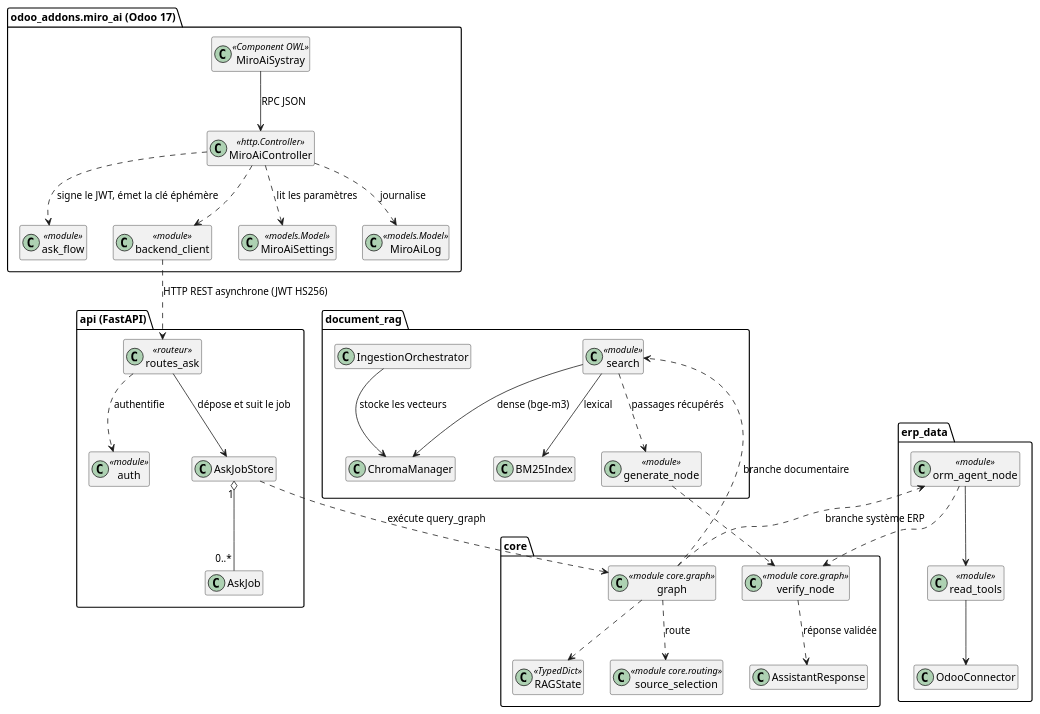
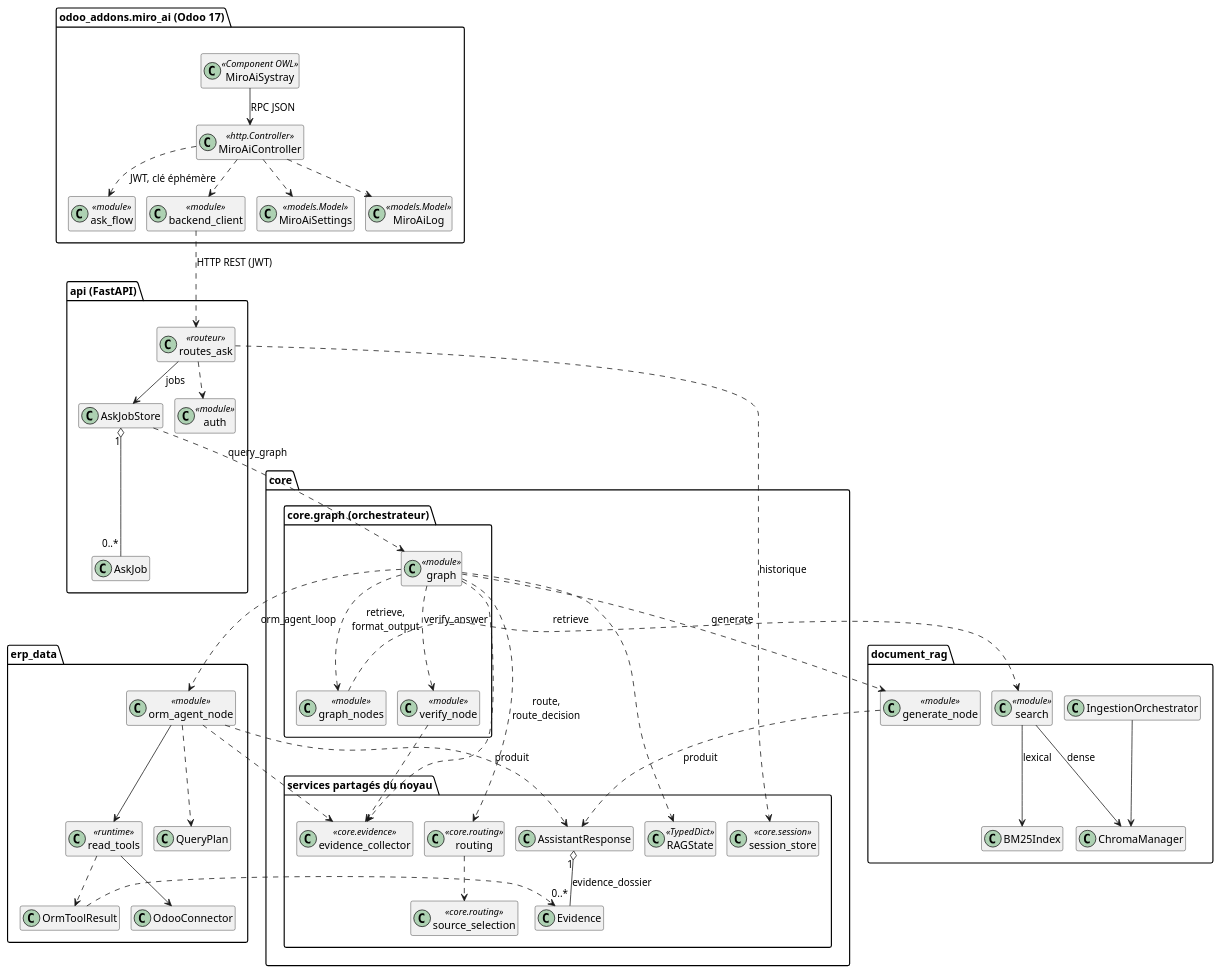
The diagram in todo/diagrammes/5_9_classes_globale.puml (katsuki2000/odoo-ia-prototype), drawn with PlantUML before and after one commit. The commit also changed 6 other files, not shown here.

```diff
--- a/todo/diagrammes/5_9_classes_globale.puml
+++ b/todo/diagrammes/5_9_classes_globale.puml
@@ -1,6 +1,8 @@
 @startuml 5_9_classes_globale
 set separator none
 skinparam classAttributeIconSize 0
+skinparam nodesep 15
+skinparam ranksep 30
 hide members
 
 package "odoo_addons.miro_ai (Odoo 17)" {
@@ -59,39 +61,66 @@
 }
 
 package "core" {
-  class "graph" as Graph <<module core.graph>> {
-    +build_graph() : CompiledGraph
-    +query_graph(question, uid, ...) : AssistantResponse
+  package "core.graph (orchestrateur)" {
+    class "graph" as Graph <<module>> {
+      +build_graph() : CompiledGraph
+      +query_graph(question, uid, ...) : AssistantResponse
+    }
+    class "graph_nodes" as GraphNodes <<module>> {
+      +retrieve(state) : dict
+      +format_output(state) : dict
+    }
+    class "verify_node" as VerifyNode <<module>> {
+      +verify_answer(state) : dict
+    }
   }
-  class RAGState <<TypedDict>> {
-    +question : str
-    +uid : int | None
-    +route : str | None
-    +source_mode : str | None
-    +retrieved_chunks : list[dict]
-    +response : AssistantResponse | None
-  }
-  class "source_selection" as SourceSelection <<module core.routing>> {
-    +select_source(question) : SourceSelection
-    +route_decision(state) : str
-  }
-  class "verify_node" as VerifyNode <<module core.graph>> {
-    +verify_answer(state) : dict
-  }
-  class AssistantResponse {
-    +answer : str
-    +sources : list[SourceReference]
-    +confidence : float
-    +route : str | None
-    +verification : VerificationReport | None
-    +evidence_dossier : list[Evidence]
+  package "services partagés du noyau" {
+    class "routing" as Routing <<core.routing>> {
+      +route(state) : dict
+      +route_decision(state) : str
+    }
+    class "source_selection" as SourceSelection <<core.routing>> {
+      +select_source(question) : SourceSelection
+    }
+    class RAGState <<TypedDict>> {
+      +question : str
+      +uid : int | None
+      +route : str | None
+      +source_mode : str | None
+      +retrieved_chunks : list[dict]
+      +response : AssistantResponse | None
+    }
+    class AssistantResponse {
+      +answer : str
+      +sources : list[SourceReference]
+      +confidence : float
+      +route : str | None
+      +verification : VerificationReport | None
+      +evidence_dossier : list[Evidence]
+    }
+    class Evidence {
+      +evidence_id : str
+      +source_type : str
+      +claim : str
+      +value : Any
+      +scope : dict
+    }
+    class "evidence_collector" as EvidenceCollector <<core.evidence>> {
+      +start_evidence_collection() : void
+      +record_evidence(evidence) : void
+      +peek_turn_evidence() : list
+      +collect_and_clear_evidence() : list
+    }
+    class "session_store" as SessionStore <<core.session>> {
+      +get_session(session_id, owner_uid) : list
+      +update_session(session_id, chat_history, owner_uid) : void
+    }
   }
 }
 
 package "document_rag" {
   class "search" as Search <<module>> {
     +retrieve(query, top_k) : list[dict]
-    +hybrid_search(...) : list
   }
   class ChromaManager {
     +query(query_text, top_k, where) : dict
@@ -113,10 +142,20 @@
   class "orm_agent_node" as OrmAgentNode <<module>> {
     +orm_agent_loop(state) : dict
   }
-  class "read_tools" as OrmRuntimeReadTools <<module>> {
+  class QueryPlan {
+    +subject : str
+    +conditions : list[str]
+    +result_kind : str
+  }
+  class "read_tools" as OrmRuntimeReadTools <<runtime>> {
     +orm_search_read(...) : OrmToolResult
     +orm_search_count(...) : OrmToolResult
     +orm_read_group(...) : OrmToolResult
+  }
+  class OrmToolResult {
+    +observation : OrmObservation
+    +evidence : list[Evidence]
+    +text : str
   }
   class OdooConnector {
     +authenticate(username) : int
@@ -125,26 +164,39 @@
 }
 
 MiroAiSystray --> MiroAiController : RPC JSON
-MiroAiController ..> AskFlow : signe le JWT, émet la clé éphémère
+MiroAiController ..> AskFlow : JWT, clé éphémère
 MiroAiController ..> BackendClient
-MiroAiController ..> MiroAiSettings : lit les paramètres
-MiroAiController ..> MiroAiLog : journalise
-BackendClient ..> RoutesAsk : HTTP REST asynchrone (JWT HS256)
-RoutesAsk ..> Auth : authentifie
-RoutesAsk --> AskJobStore : dépose et suit le job
+MiroAiController ..> MiroAiSettings
+MiroAiController ..> MiroAiLog
+BackendClient ..> RoutesAsk : HTTP REST (JWT)
+RoutesAsk ..> Auth
+RoutesAsk --> AskJobStore : jobs
+RoutesAsk ..> SessionStore : historique
 AskJobStore "1" o-- "0..*" AskJob
-AskJobStore ..> Graph : exécute query_graph
+AskJobStore ..> Graph : query_graph
+
 Graph ..> RAGState
-Graph ..> SourceSelection : route
-Graph ..> Search : branche documentaire
-Graph ..> OrmAgentNode : branche système ERP
-Search --> ChromaManager : dense (bge-m3)
+Graph ..> Routing : route,\nroute_decision
+Graph ..> GraphNodes : retrieve,\nformat_output
+Graph ..> VerifyNode : verify_answer
+Graph ..> GenerateNode : generate
+Graph ..> OrmAgentNode : orm_agent_loop
+Graph ..> EvidenceCollector
+Routing ..> SourceSelection
+GraphNodes ..> Search : retrieve
+VerifyNode ..> EvidenceCollector
+AssistantResponse "1" o-- "0..*" Evidence : evidence_dossier
+
+Search --> ChromaManager : dense
 Search --> BM25Index : lexical
-Search ..> GenerateNode : passages récupérés
-GenerateNode ..> VerifyNode
-OrmAgentNode ..> VerifyNode
+GenerateNode ..> AssistantResponse : produit
+IngestionOrchestrator --> ChromaManager
+
+OrmAgentNode ..> QueryPlan
+OrmAgentNode ..> EvidenceCollector
+OrmAgentNode ..> AssistantResponse : produit
 OrmAgentNode --> OrmRuntimeReadTools
+OrmRuntimeReadTools ..> OrmToolResult
+OrmToolResult ..> Evidence
 OrmRuntimeReadTools --> OdooConnector
-VerifyNode ..> AssistantResponse : réponse validée
-IngestionOrchestrator --> ChromaManager : stocke les vecteurs
 @enduml
```
